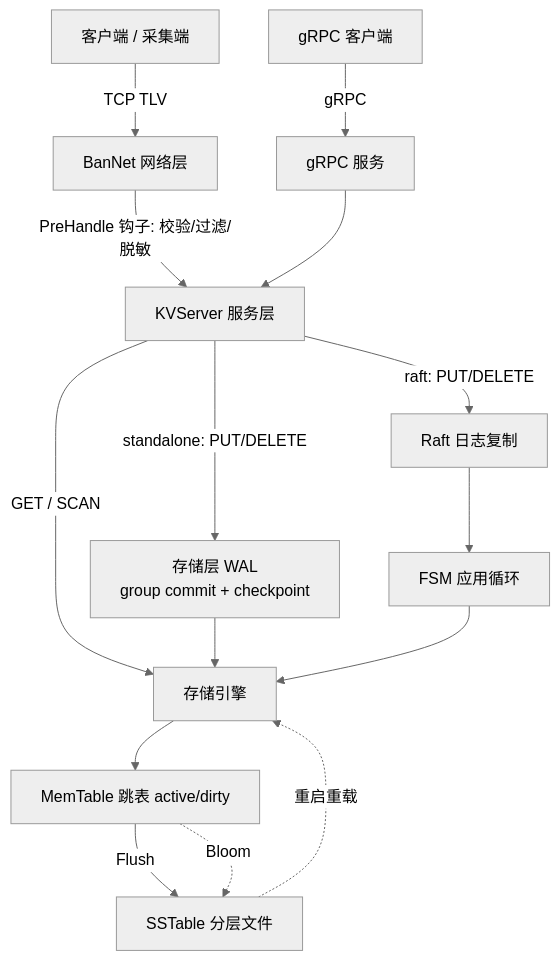
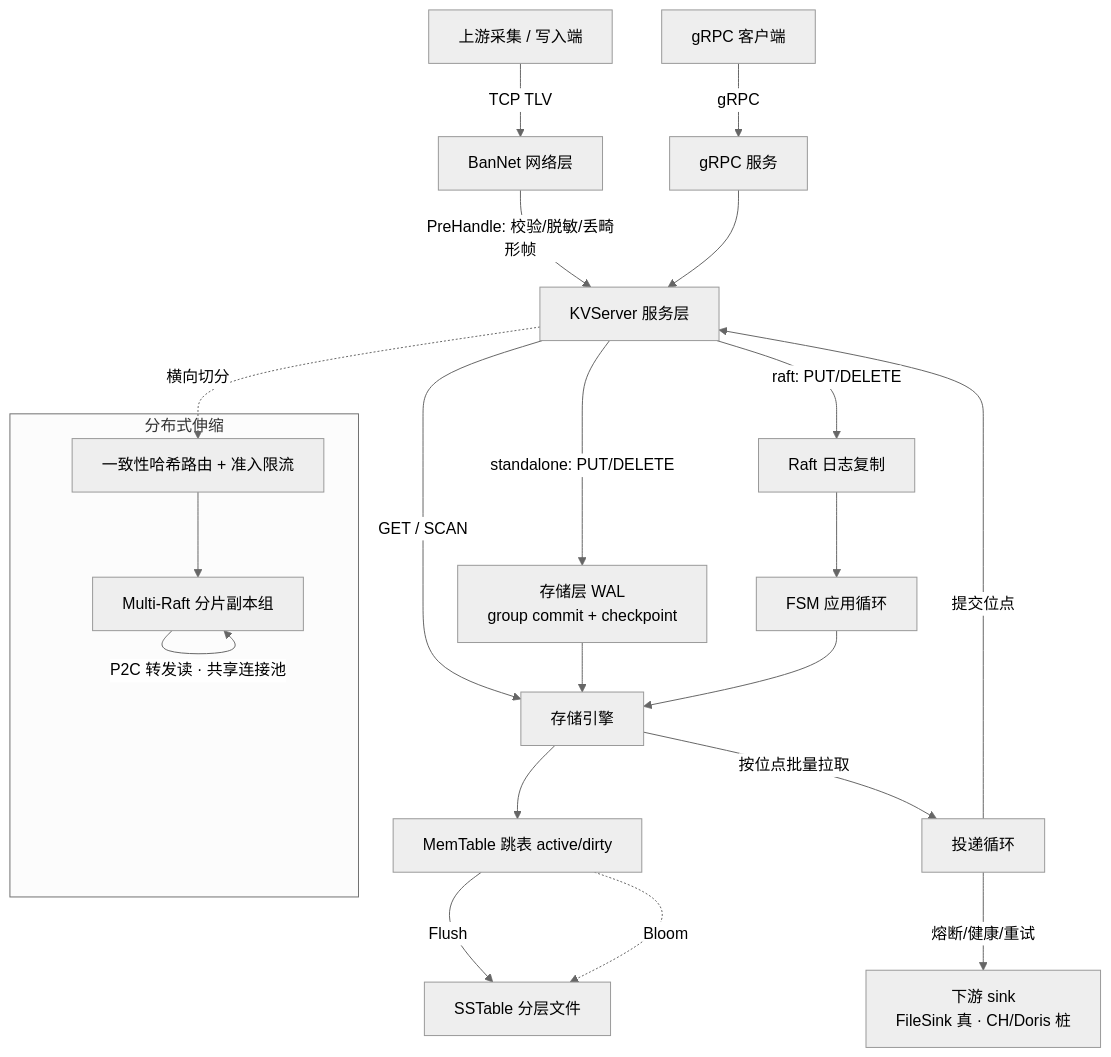
Before and after one commit to ChronoBrew/KairosFlux: the diagram in README.md, drawn with Mermaid (neutral theme). The commit also changed other lines of this file, not shown here.

````diff
--- a/README.md
+++ b/README.md
@@ -38,16 +52,26 @@
 ```mermaid
 flowchart TD
-    Client[客户端 / 采集端] -->|TCP TLV| BanNet[BanNet 网络层]
+    Up[上游采集 / 写入端] -->|TCP TLV| BanNet[BanNet 网络层]
     GRPCClient[gRPC 客户端] -->|gRPC| GRPC[gRPC 服务]
-    BanNet -->|PreHandle 钩子: 校验/过滤/脱敏| KV[KVServer 服务层]
+    BanNet -->|PreHandle: 校验/脱敏/丢畸形帧| KV[KVServer 服务层]
     GRPC --> KV
+
     KV -->|standalone: PUT/DELETE| WAL[存储层 WAL<br/>group commit + checkpoint]
     KV -->|raft: PUT/DELETE| Raft[Raft 日志复制]
     KV -->|GET / SCAN| Engine[存储引擎]
     WAL --> Engine
     Raft --> FSM[FSM 应用循环] --> Engine
     Engine --> MemTable[MemTable 跳表 active/dirty]
     MemTable -->|Flush| SSTable[SSTable 分层文件]
     MemTable -.Bloom.-> SSTable
-    SSTable -.重启重载.-> Engine
+
+    Engine -->|按位点批量拉取| Deliverer[投递循环]
+    Deliverer -->|熔断/健康/重试| Sink[下游 sink<br/>FileSink 真 · CH/Doris 桩]
+    Deliverer -->|提交位点| KV
+
+    subgraph 分布式伸缩
+      Router[一致性哈希路由 + 准入限流] --> Shards[Multi-Raft 分片副本组]
+      Shards -->|P2C 转发读 · 共享连接池| Shards
+    end
+    KV -.横向切分.-> Router
 ```
````
